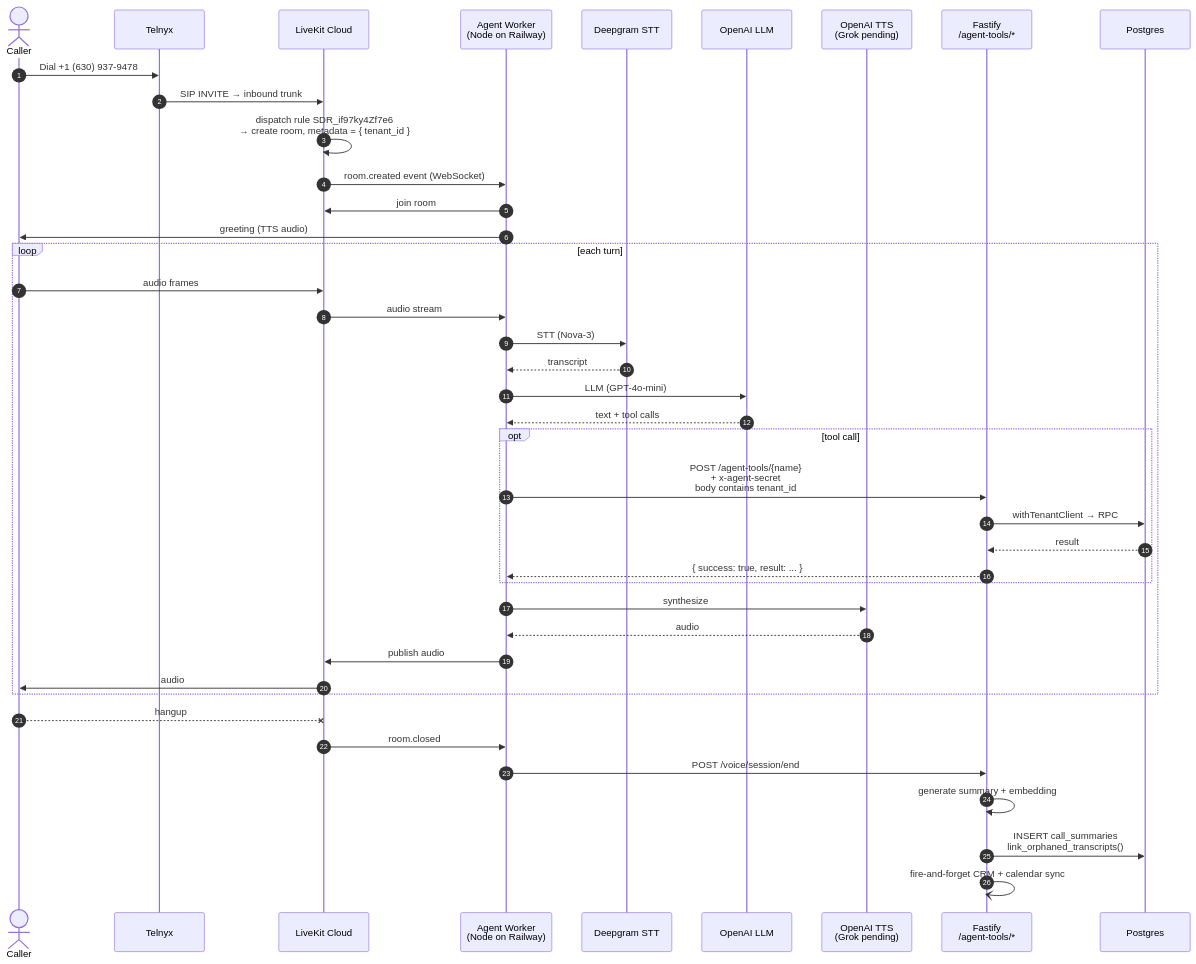
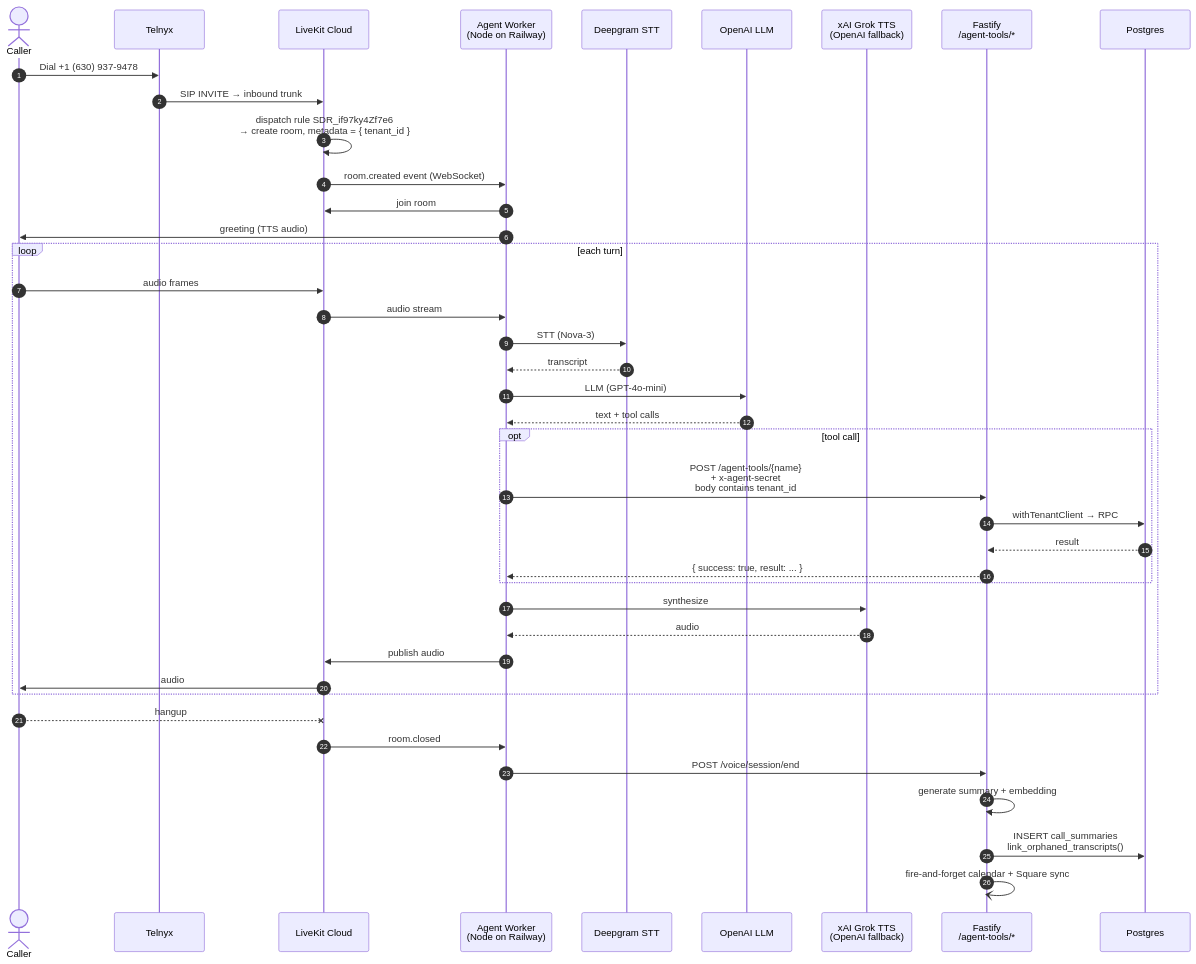
Before and after one commit to ddemott/ai-sec: the third of 11 diagrams in docs/DIAGRAMS.md, drawn with Mermaid. The commit also changed other lines of this file and 21 other files, not shown here.

````diff
--- a/docs/DIAGRAMS.md
+++ b/docs/DIAGRAMS.md
@@ -223,46 +223,46 @@
 ```mermaid
 sequenceDiagram
   autonumber
   actor Caller
   participant Telnyx
   participant LK as LiveKit Cloud
   participant Agent as Agent Worker<br/>(Node on Railway)
   participant DG as Deepgram STT
   participant OAI as OpenAI LLM
-  participant TTS as OpenAI TTS<br/>(Grok pending)
+  participant TTS as xAI Grok TTS<br/>(OpenAI fallback)
   participant API as Fastify<br/>/agent-tools/*
   participant DB as Postgres
 
   Caller->>Telnyx: Dial +1 (630) 937-9478
   Telnyx->>LK: SIP INVITE → inbound trunk
   LK->>LK: dispatch rule SDR_if97ky4Zf7e6<br/>→ create room, metadata = { tenant_id }
   LK->>Agent: room.created event (WebSocket)
   Agent->>LK: join room
   Agent->>Caller: greeting (TTS audio)
 
   loop each turn
     Caller->>LK: audio frames
     LK->>Agent: audio stream
     Agent->>DG: STT (Nova-3)
     DG-->>Agent: transcript
     Agent->>OAI: LLM (GPT-4o-mini)
     OAI-->>Agent: text + tool calls
     opt tool call
       Agent->>API: POST /agent-tools/{name}<br/>+ x-agent-secret<br/>body contains tenant_id
       API->>DB: withTenantClient → RPC
       DB-->>API: result
       API-->>Agent: { success: true, result: ... }
     end
     Agent->>TTS: synthesize
     TTS-->>Agent: audio
     Agent->>LK: publish audio
     LK->>Caller: audio
   end
 
   Caller--xLK: hangup
   LK->>Agent: room.closed
   Agent->>API: POST /voice/session/end
   API->>API: generate summary + embedding
   API->>DB: INSERT call_summaries<br/>link_orphaned_transcripts()
-  API-)API: fire-and-forget CRM + calendar sync
+  API-)API: fire-and-forget calendar + Square sync
 ```
````
